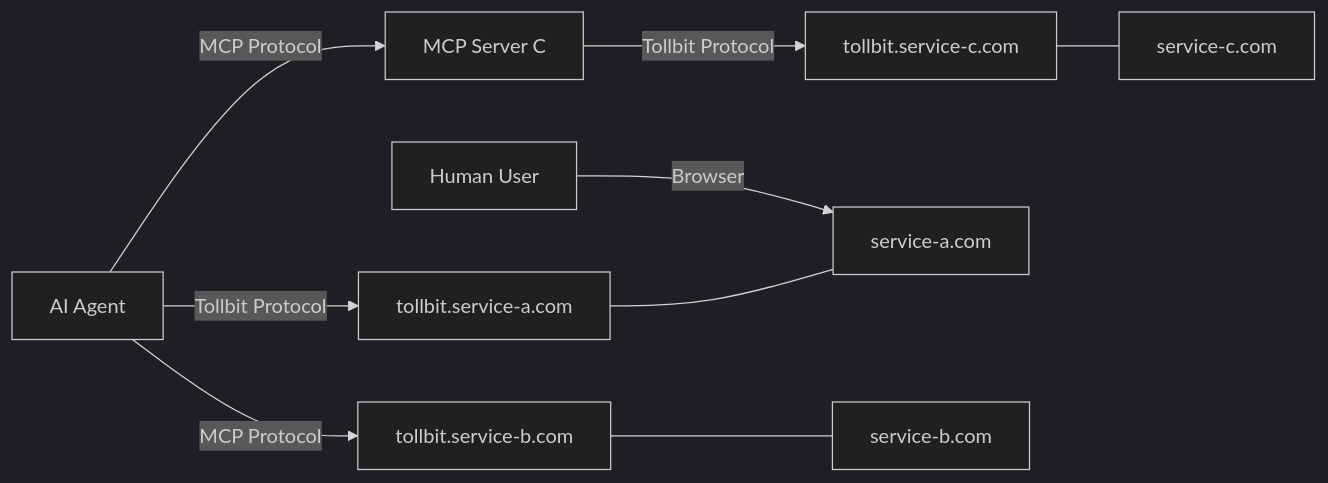
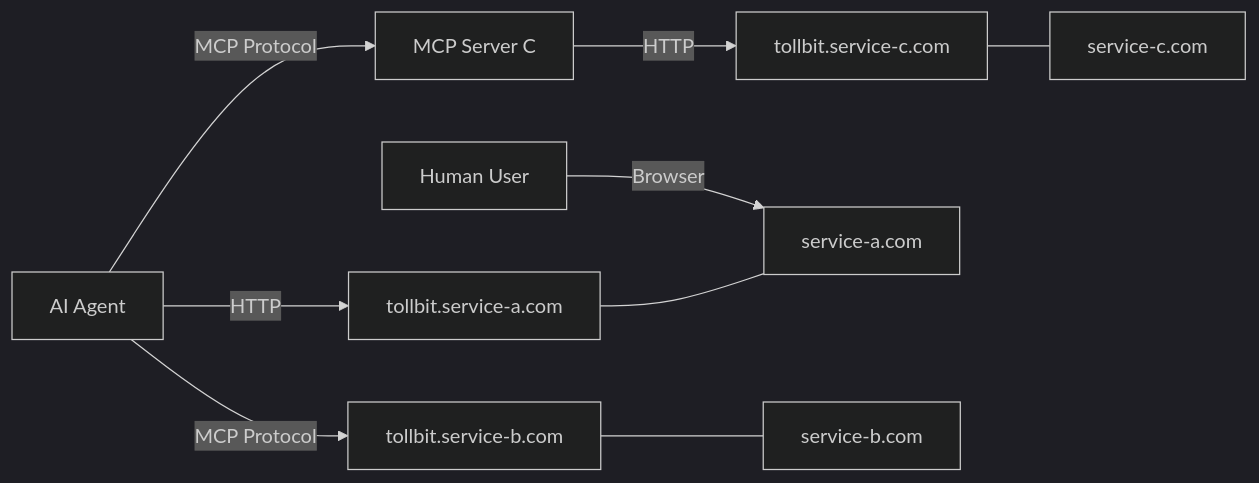
Before and after one commit to tollbit/node-sdk: the second of 2 diagrams in README.md, drawn with Mermaid (dark theme). The commit also changed other lines of this file, not shown here.

````diff
--- a/README.md
+++ b/README.md
@@ -86,37 +86,37 @@
 ```mermaid
 flowchart LR
     %% Define the AI agent client
     A[AI Agent]
 
     %% Define individual MCP servers
     M3[MCP Server C]
 
     %% Define the human user (simple)
     H[Human User]
 
     %% Define the Tollbit front doors
     B1[tollbit.service-a.com]
     B2[tollbit.service-b.com]
     B3[tollbit.service-c.com]
 
     %% Define the actual services
     C1[service-a.com]
     C2[service-b.com]
     C3[service-c.com]
 
     %% Connect AI agent to MCP servers
-    A -->|"Tollbit Protocol"| B1
+    A -->|"HTTP"| B1
     A -->|"MCP Protocol"| B2
     A -->|"MCP Protocol"| M3
 
     %% Connect MCP servers to Tollbit front doors
-    M3 -->|"Tollbit Protocol"| B3
+    M3 -->|"HTTP"| B3
 
     %% Connect human to just service-a
     H -->|"Browser"| C1
 
     %% Connect Tollbit front doors to actual services
     B1 --- C1
     B2 --- C2
     B3 --- C3
 ```
````
